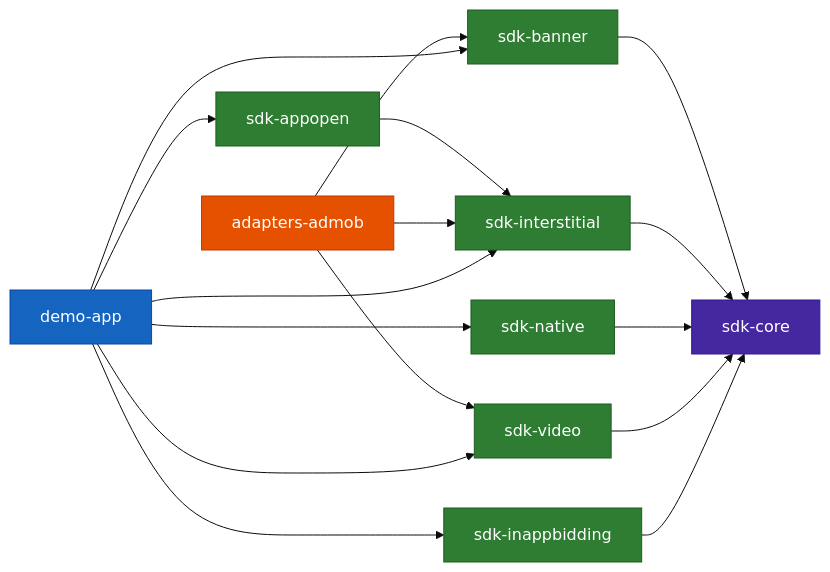
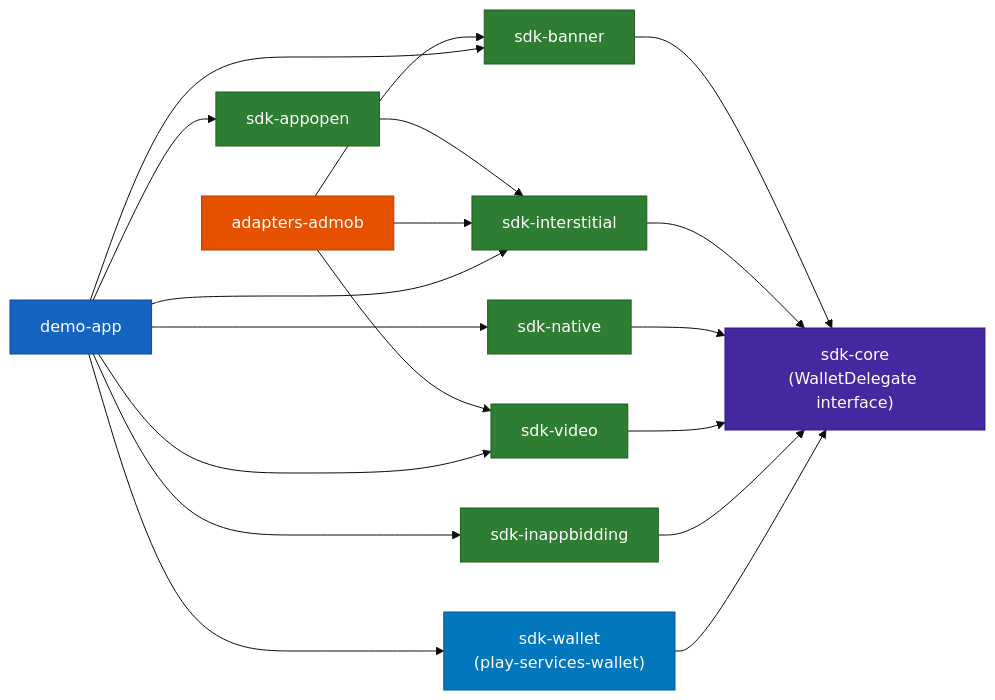
The second of 4 diagrams in README.md (Madroid2/apex-ad-sdk-android), drawn with Mermaid (base theme) before and after one commit. The commit also changed other lines of this file and 27 other files, not shown here.

````diff
--- a/README.md
+++ b/README.md
@@ -143,33 +216,37 @@
 ```mermaid
 graph LR
     classDef core fill:#4527A0,color:#fff,stroke:#311B92
     classDef module fill:#2E7D32,color:#fff,stroke:#1B5E20
+    classDef wallet fill:#0277BD,color:#fff,stroke:#01579B
     classDef adapter fill:#E65100,color:#fff,stroke:#BF360C
     classDef app fill:#1565C0,color:#fff,stroke:#0D47A1
 
-    CORE["sdk-core"]:::core
+    CORE["sdk-core\n(WalletDelegate interface)"]:::core
     BAN["sdk-banner"]:::module
     INT["sdk-interstitial"]:::module
     NAT["sdk-native"]:::module
     VID["sdk-video"]:::module
     AOP["sdk-appopen"]:::module
     IAB["sdk-inappbidding"]:::module
+    WAL["sdk-wallet\n(play-services-wallet)"]:::wallet
     ADM["adapters-admob"]:::adapter
     DEMO["demo-app"]:::app
 
     BAN --> CORE
     INT --> CORE
     NAT --> CORE
     VID --> CORE
     AOP --> INT
     IAB --> CORE
+    WAL --> CORE
     ADM --> BAN
     ADM --> INT
     ADM --> VID
     DEMO --> BAN
     DEMO --> INT
     DEMO --> NAT
     DEMO --> VID
     DEMO --> AOP
     DEMO --> IAB
+    DEMO --> WAL
 ```
````
